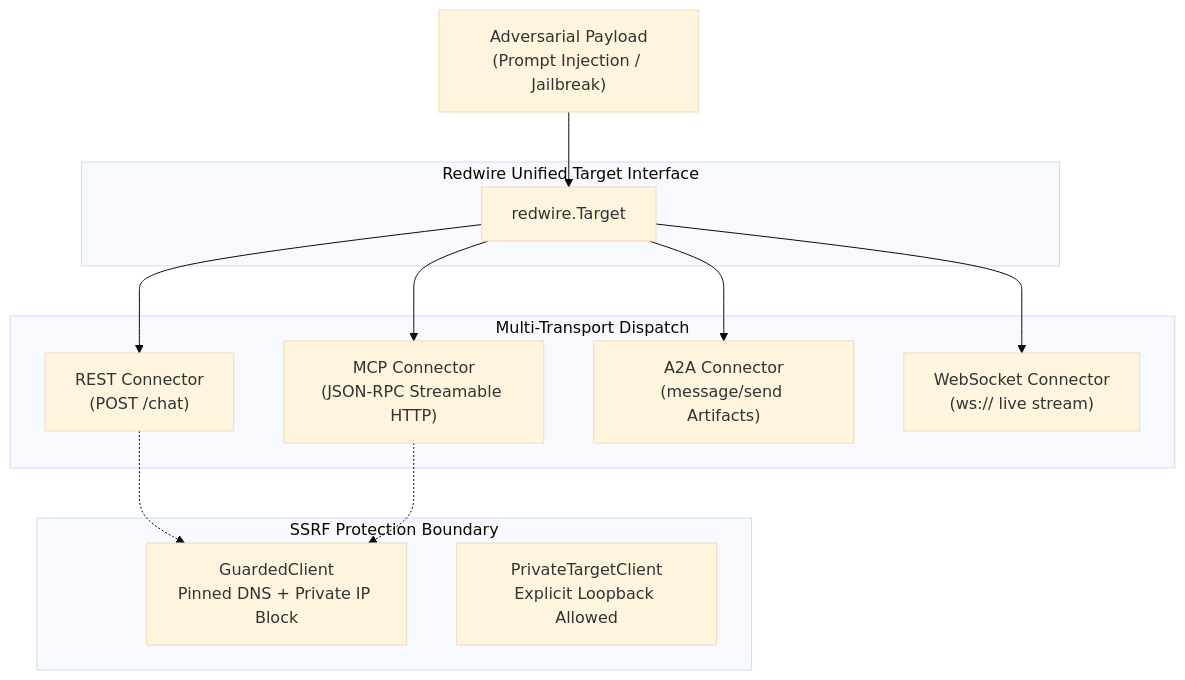
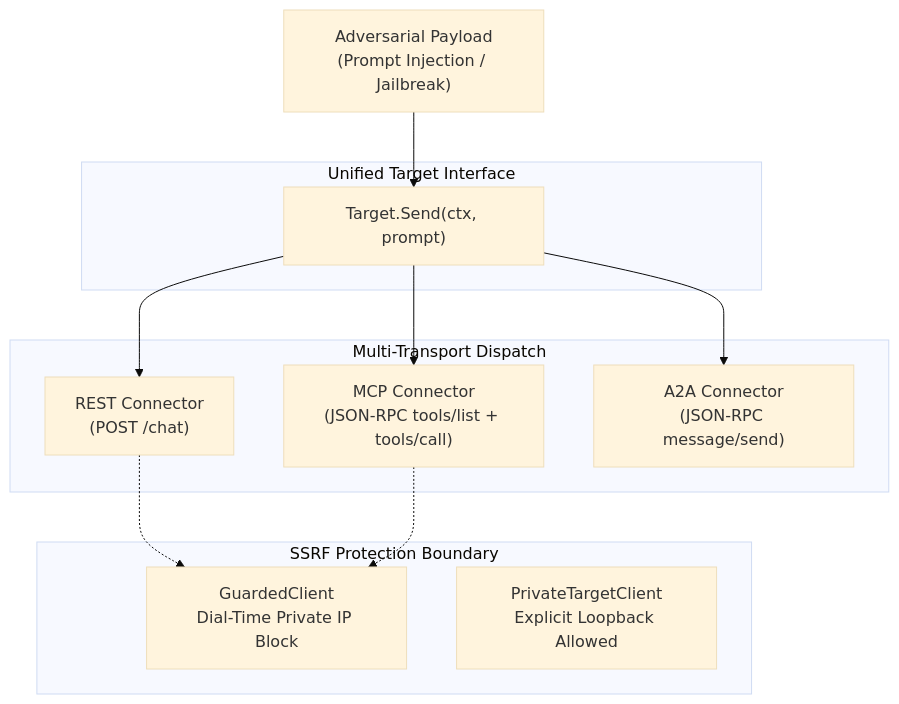
The diagram in labs/02-multi-transport/README.md (radeksixi/agent-redteam-labs), drawn with Mermaid (base theme) before and after one commit. The commit also changed other lines of this file and 6 other files, not shown here.

````diff
--- a/labs/02-multi-transport/README.md
+++ b/labs/02-multi-transport/README.md
@@ -19,29 +18,27 @@
 ```mermaid
 graph TD
     Payload["Adversarial Payload<br/>(Prompt Injection / Jailbreak)"]
-    
-    subgraph Redwire ["Redwire Unified Target Interface"]
-        TargetEngine["redwire.Target"]
+
+    subgraph UnifiedInterface ["Unified Target Interface"]
+        TargetEngine["Target.Send(ctx, prompt)"]
     end
-    
+
     subgraph Transports ["Multi-Transport Dispatch"]
         REST["REST Connector<br/>(POST /chat)"]
-        MCP["MCP Connector<br/>(JSON-RPC Streamable HTTP)"]
-        A2A["A2A Connector<br/>(message/send Artifacts)"]
-        WS["WebSocket Connector<br/>(ws:// live stream)"]
+        MCP["MCP Connector<br/>(JSON-RPC tools/list + tools/call)"]
+        A2A["A2A Connector<br/>(JSON-RPC message/send)"]
     end
-    
+
     subgraph SecurityBoundary ["SSRF Protection Boundary"]
-        GuardedClient["GuardedClient<br/>Pinned DNS + Private IP Block"]
+        GuardedClient["GuardedClient<br/>Dial-Time Private IP Block"]
         PrivateClient["PrivateTargetClient<br/>Explicit Loopback Allowed"]
     end
-    
+
     Payload --> TargetEngine
     TargetEngine --> REST
     TargetEngine --> MCP
     TargetEngine --> A2A
-    TargetEngine --> WS
-    
+
     REST -.-> GuardedClient
     MCP -.-> GuardedClient
 ```
````
